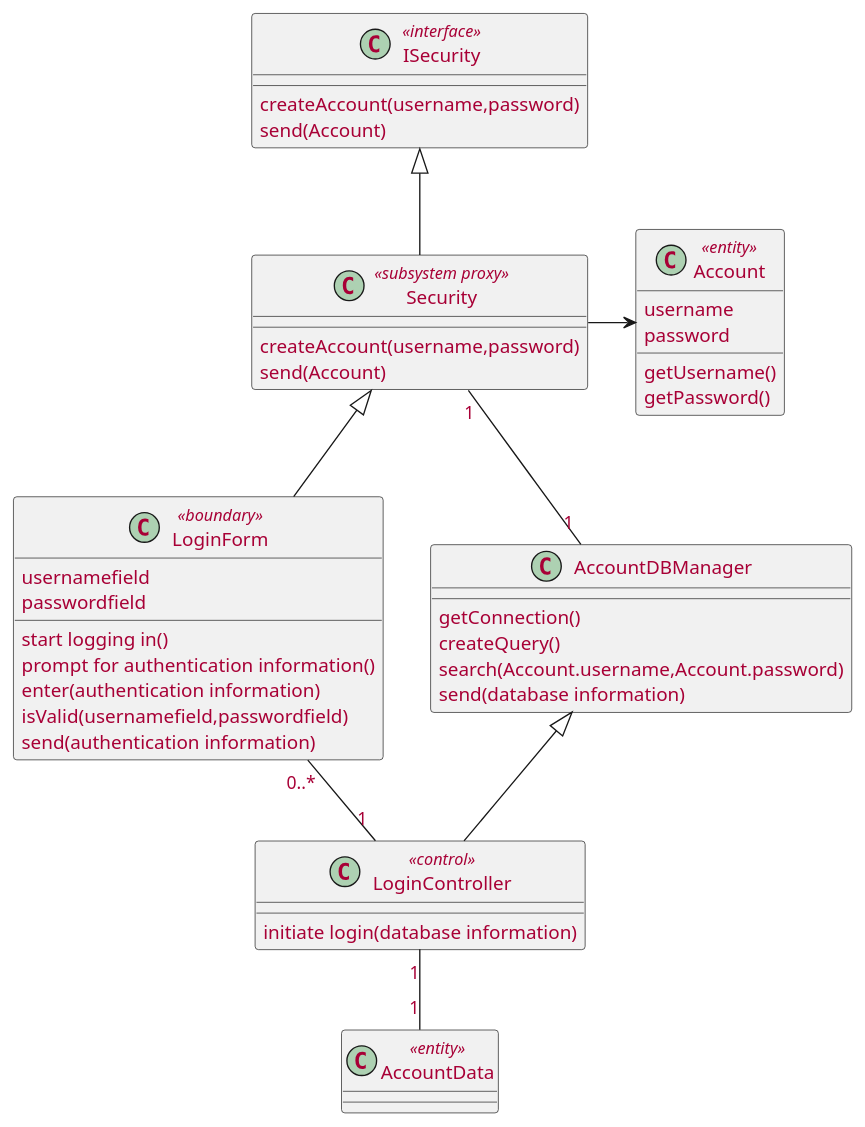
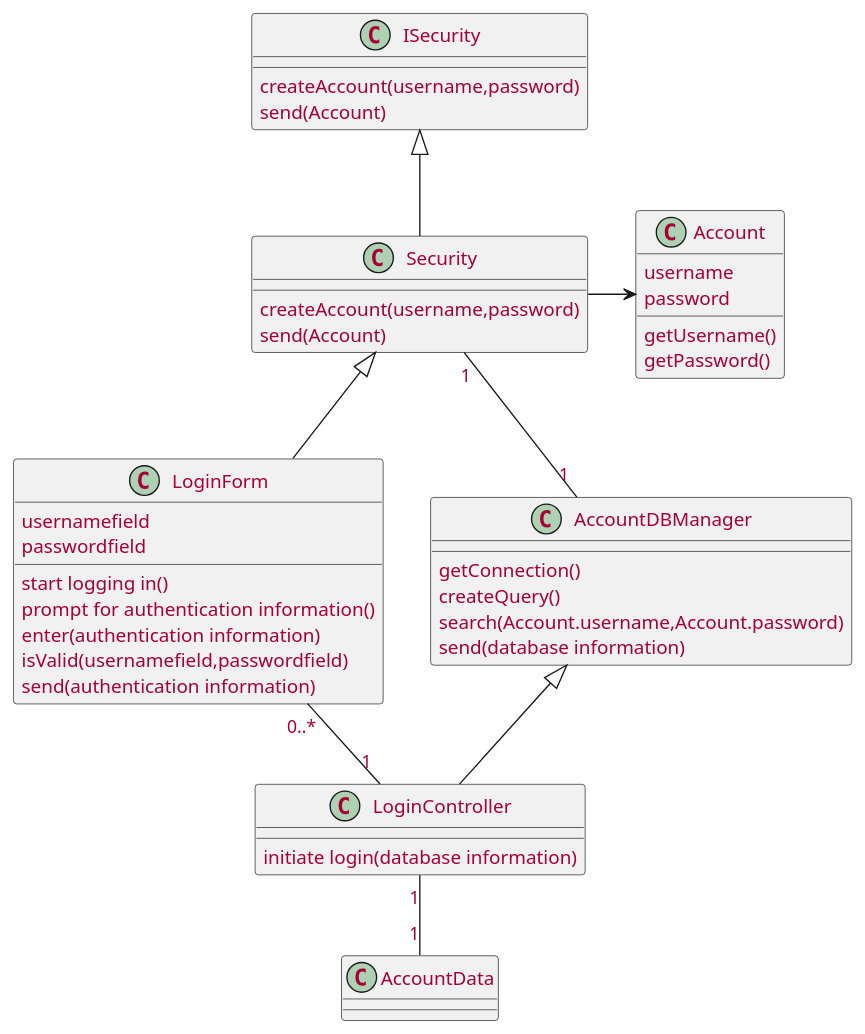
The second of 6 diagrams in source/solution/use-case-design.rst (McSinyx/ipppi), drawn with PlantUML before and after one commit.

```diff
--- a/source/solution/use-case-design.rst
+++ b/source/solution/use-case-design.rst
@@ -48,46 +48,46 @@
 .. uml::
 
    skinparam defaultFontColor #a80036
    
-   class Account <<entity>>{
+   class Account {
      username
      password
      getUsername()
      getPassword()
    }
 
-   class LoginForm <<boundary>> extends Security {
+   class LoginForm extends Security {
       usernamefield
       passwordfield
       start logging in()
       prompt for authentication information()
       enter(authentication information)
       isValid(usernamefield,passwordfield)
       send(authentication information)
    }
-   class ISecurity <<interface>>{
+   class ISecurity {
       createAccount(username,password)
       send(Account)  
    }
-   class Security<<subsystem proxy>> extends ISecurity{
+   class Security extends ISecurity {
       createAccount(username,password)
       send(Account)
    }
-   class AccountDBManager{
+   class AccountDBManager {
       getConnection()
       createQuery()
       search(Account.username,Account.password)
       send(database information)
    }
-   class LoginController <<control>> extends AccountDBManager {
+   class LoginController extends AccountDBManager {
        initiate login(database information)
    }
    
-   class AccountData <<entity>> {
+   class AccountData {
     
    }
 
    LoginForm "0..*" -- "1" LoginController
    LoginController "1" -- "1" AccountData
    Security -> Account
    Security "1" -- "1" AccountDBManager
```
